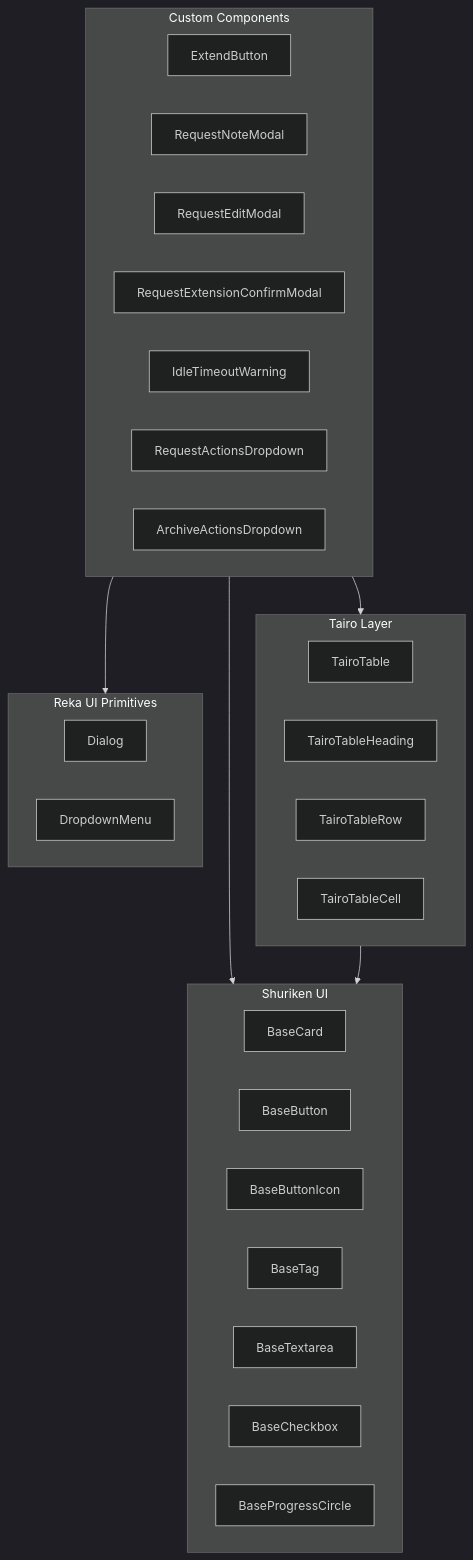
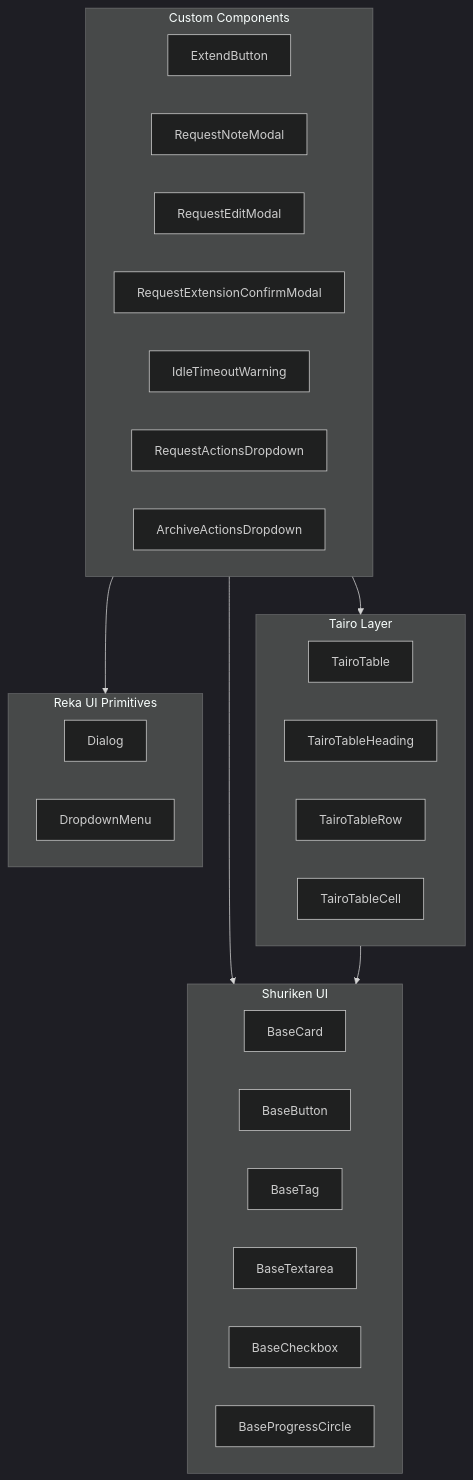
One commit to redhat-openshift-partner-labs/portal changed the first of 2 diagrams in docs/components.md. Above: the diagram before and after it, drawn with Mermaid (dark theme). The commit also changed other lines of this file and 7 other files, not shown here.

First line of the commit message:
fix: replace non-existent BaseButtonIcon with BaseButton icon-only size

````diff
--- a/docs/components.md
+++ b/docs/components.md
@@ -19,39 +19,38 @@
 ```mermaid
 graph TB
     subgraph CustomLayer["Custom Components"]
         ExtendButton
         RequestNoteModal
         RequestEditModal
         RequestExtensionConfirmModal
         IdleTimeoutWarning
         RequestActionsDropdown
         ArchiveActionsDropdown
     end
 
     subgraph TairoLayer["Tairo Layer"]
         TairoTable
         TairoTableHeading
         TairoTableRow
         TairoTableCell
     end
 
     subgraph ShurikenLayer["Shuriken UI"]
         BaseCard
         BaseButton
-        BaseButtonIcon
         BaseTag
         BaseTextarea
         BaseCheckbox
         BaseProgressCircle
     end
 
     subgraph RekaLayer["Reka UI Primitives"]
         Dialog
         DropdownMenu
     end
 
     CustomLayer --> TairoLayer
     CustomLayer --> ShurikenLayer
     CustomLayer --> RekaLayer
     TairoLayer --> ShurikenLayer
 ```
````
